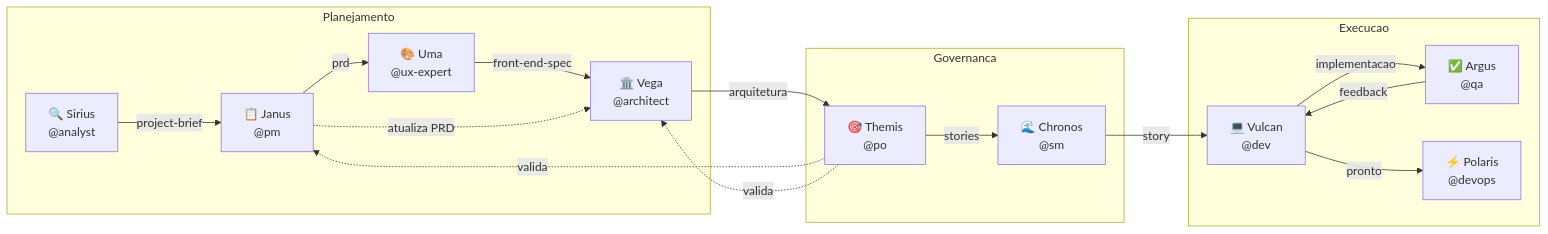
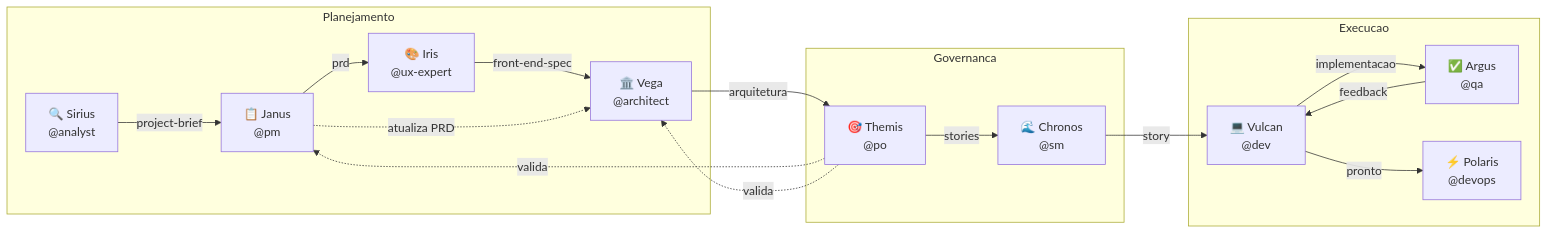
Before and after one commit to CyryxLabs/AEXOS: the seventh of 9 diagrams in docs/guides/workflows/GREENFIELD-FULLSTACK-WORKFLOW.md, drawn with Mermaid. The commit also changed other lines of this file and 528 other files, not shown here.

````diff
--- a/docs/guides/workflows/GREENFIELD-FULLSTACK-WORKFLOW.md
+++ b/docs/guides/workflows/GREENFIELD-FULLSTACK-WORKFLOW.md
@@ -460,34 +460,34 @@
 ```mermaid
 graph LR
     subgraph Planejamento
         ANALYST[🔍 Sirius<br>@analyst]
         PM[📋 Janus<br>@pm]
-        UX[🎨 Uma<br>@ux-expert]
+        UX[🎨 Iris<br>@ux-expert]
         ARCH[🏛️ Vega<br>@architect]
     end
 
     subgraph Governanca
         PO[🎯 Themis<br>@po]
         SM[🌊 Chronos<br>@sm]
     end
 
     subgraph Execucao
         DEV[💻 Vulcan<br>@dev]
         QA[✅ Argus<br>@qa]
         DEVOPS[⚡ Polaris<br>@devops]
     end
 
     ANALYST -->|project-brief| PM
     PM -->|prd| UX
     UX -->|front-end-spec| ARCH
     ARCH -->|arquitetura| PO
     PO -->|stories| SM
     SM -->|story| DEV
     DEV -->|implementacao| QA
     QA -->|feedback| DEV
     DEV -->|pronto| DEVOPS
 
     PM -.->|atualiza PRD| ARCH
     PO -.->|valida| PM
     PO -.->|valida| ARCH
 ```
````
